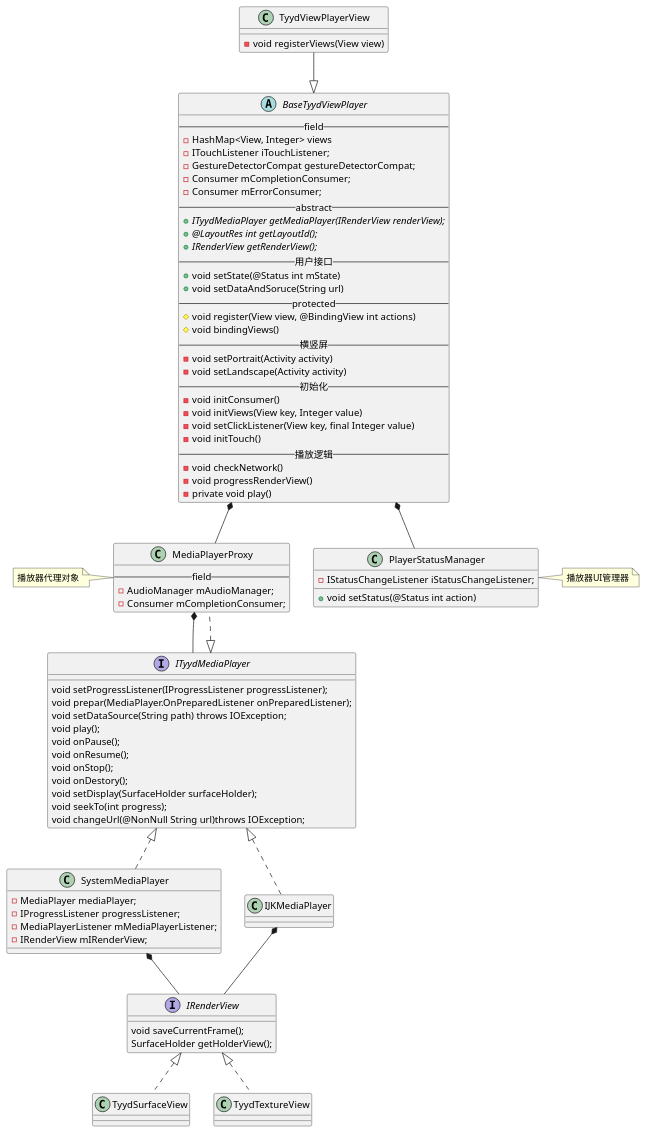
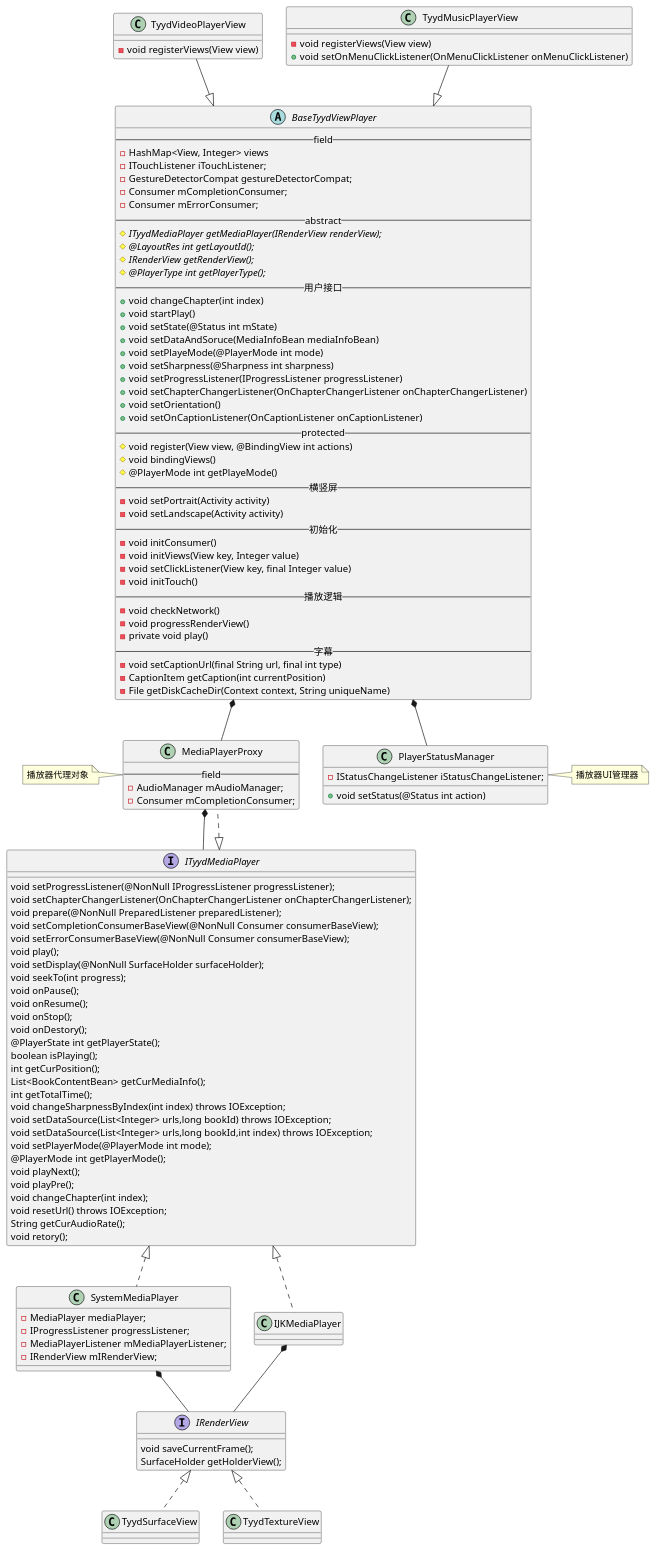
One commit to yufns/uml changed the diagram in uml/video/class/tyydmediaplayer.puml. Above: the diagram before and after it, drawn with PlantUML. The commit also changed 1 other file, not shown here.

```diff
--- a/uml/video/class/tyydmediaplayer.puml
+++ b/uml/video/class/tyydmediaplayer.puml
@@ -1,103 +1,140 @@
 @startuml
 
-class TyydViewPlayerView {
+class TyydVideoPlayerView {
   - void registerViews(View view)
+}
+
+class TyydMusicPlayerView {
+  - void registerViews(View view)
+  + void setOnMenuClickListener(OnMenuClickListener onMenuClickListener)
 }
 
 abstract BaseTyydViewPlayer{
   -- field --
   - HashMap<View, Integer> views
   - ITouchListener iTouchListener;
   - GestureDetectorCompat gestureDetectorCompat;
   - Consumer mCompletionConsumer;
   - Consumer mErrorConsumer;
   -- abstract --
-  {abstract} + ITyydMediaPlayer getMediaPlayer(IRenderView renderView);
-  {abstract} + @LayoutRes int getLayoutId();
-  {abstract} + IRenderView getRenderView();
+  {abstract} # ITyydMediaPlayer getMediaPlayer(IRenderView renderView);
+  {abstract} # @LayoutRes int getLayoutId();
+  {abstract} # IRenderView getRenderView();
+  {abstract} # @PlayerType int getPlayerType();
   -- 用户接口 --
+  + void changeChapter(int index)
+  + void startPlay()
   + void setState(@Status int mState)
-  + void setDataAndSoruce(String url)
+  + void setDataAndSoruce(MediaInfoBean mediaInfoBean)
+  + void setPlayeMode(@PlayerMode int mode)
+  + void setSharpness(@Sharpness int sharpness)
+  + void setProgressListener(IProgressListener progressListener)
+  + void setChapterChangerListener(OnChapterChangerListener onChapterChangerListener)
+  + void setOrientation()
+  + void setOnCaptionListener(OnCaptionListener onCaptionListener)
   -- protected --
   # void register(View view, @BindingView int actions)
   # void bindingViews()
+  # @PlayerMode int getPlayeMode()
   -- 横竖屏 --
   - void setPortrait(Activity activity)
   - void setLandscape(Activity activity)
   -- 初始化 --
   - void initConsumer()
   - void initViews(View key, Integer value)
   - void setClickListener(View key, final Integer value)
   - void initTouch()
   -- 播放逻辑 --
   - void checkNetwork()
   - void progressRenderView()
   - private void play()
+  -- 字幕 --
+  - void setCaptionUrl(final String url, final int type)
+  - CaptionItem getCaption(int currentPosition)
+  - File getDiskCacheDir(Context context, String uniqueName)
 }
 
 interface ITyydMediaPlayer{
-  void setProgressListener(IProgressListener progressListener);
-  void prepar(MediaPlayer.OnPreparedListener onPreparedListener);
-  void setDataSource(String path) throws IOException;
+  void setProgressListener(@NonNull IProgressListener progressListener);
+  void setChapterChangerListener(OnChapterChangerListener onChapterChangerListener);
+  void prepare(@NonNull PreparedListener preparedListener);
+  void setCompletionConsumerBaseView(@NonNull Consumer consumerBaseView);
+  void setErrorConsumerBaseView(@NonNull Consumer consumerBaseView);
   void play();
+  void setDisplay(@NonNull SurfaceHolder surfaceHolder);
+  void seekTo(int progress);
   void onPause();
   void onResume();
   void onStop();
   void onDestory();
-  void setDisplay(SurfaceHolder surfaceHolder);
-  void seekTo(int progress);
-  void changeUrl(@NonNull String url)throws IOException;
+  @PlayerState int getPlayerState();
+  boolean isPlaying();
+  int getCurPosition();
+  List<BookContentBean> getCurMediaInfo();
+  int getTotalTime();
+  void changeSharpnessByIndex(int index) throws IOException;
+  void setDataSource(List<Integer> urls,long bookId) throws IOException;
+  void setDataSource(List<Integer> urls,long bookId,int index) throws IOException;
+  void setPlayerMode(@PlayerMode int mode);
+  @PlayerMode int getPlayerMode();
+  void playNext();
+  void playPre();
+  void changeChapter(int index);
+  void resetUrl() throws IOException;
+  String getCurAudioRate();
+  void retory();
 }
 
 class MediaPlayerProxy{
   -- field --
   - AudioManager mAudioManager;
   - Consumer mCompletionConsumer;
 }
 note left:播放器代理对象
 
 ITyydMediaPlayer <|.. MediaPlayerProxy
 
 class PlayerStatusManager{
   - IStatusChangeListener iStatusChangeListener;
   + void setStatus(@Status int action)
 }
 note right:播放器UI管理器
 
-TyydViewPlayerView  --|> BaseTyydViewPlayer
+TyydVideoPlayerView  --|> BaseTyydViewPlayer
+TyydMusicPlayerView  --|> BaseTyydViewPlayer
 BaseTyydViewPlayer *-- MediaPlayerProxy
 BaseTyydViewPlayer *-- PlayerStatusManager
 
 
 MediaPlayerProxy *-- ITyydMediaPlayer
 
 interface IRenderView{
   void saveCurrentFrame();
   SurfaceHolder getHolderView();
 }
 
 class SystemMediaPlayer{
   - MediaPlayer mediaPlayer;
   - IProgressListener progressListener;
   - MediaPlayerListener mMediaPlayerListener;
   - IRenderView mIRenderView;
 }
 SystemMediaPlayer *-- IRenderView
 IRenderView <|.. TyydSurfaceView
 
 ITyydMediaPlayer <|.. SystemMediaPlayer
 
 class IJKMediaPlayer{
 
 }
 
 class TyydTextureView{
 
 }
 
 IJKMediaPlayer *-- IRenderView
 ITyydMediaPlayer <|.. IJKMediaPlayer
 
 IRenderView <|.. TyydTextureView
 
 @enduml
```
